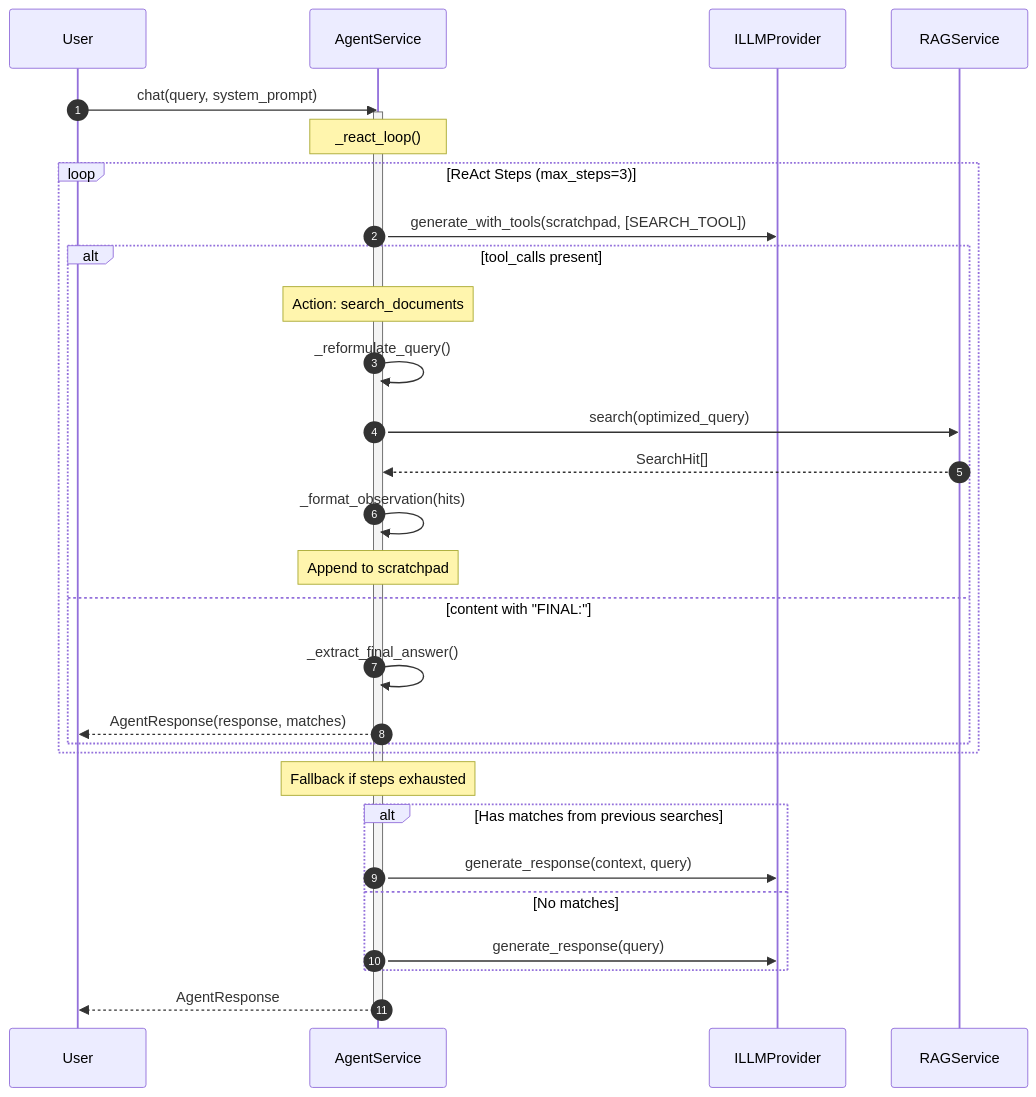
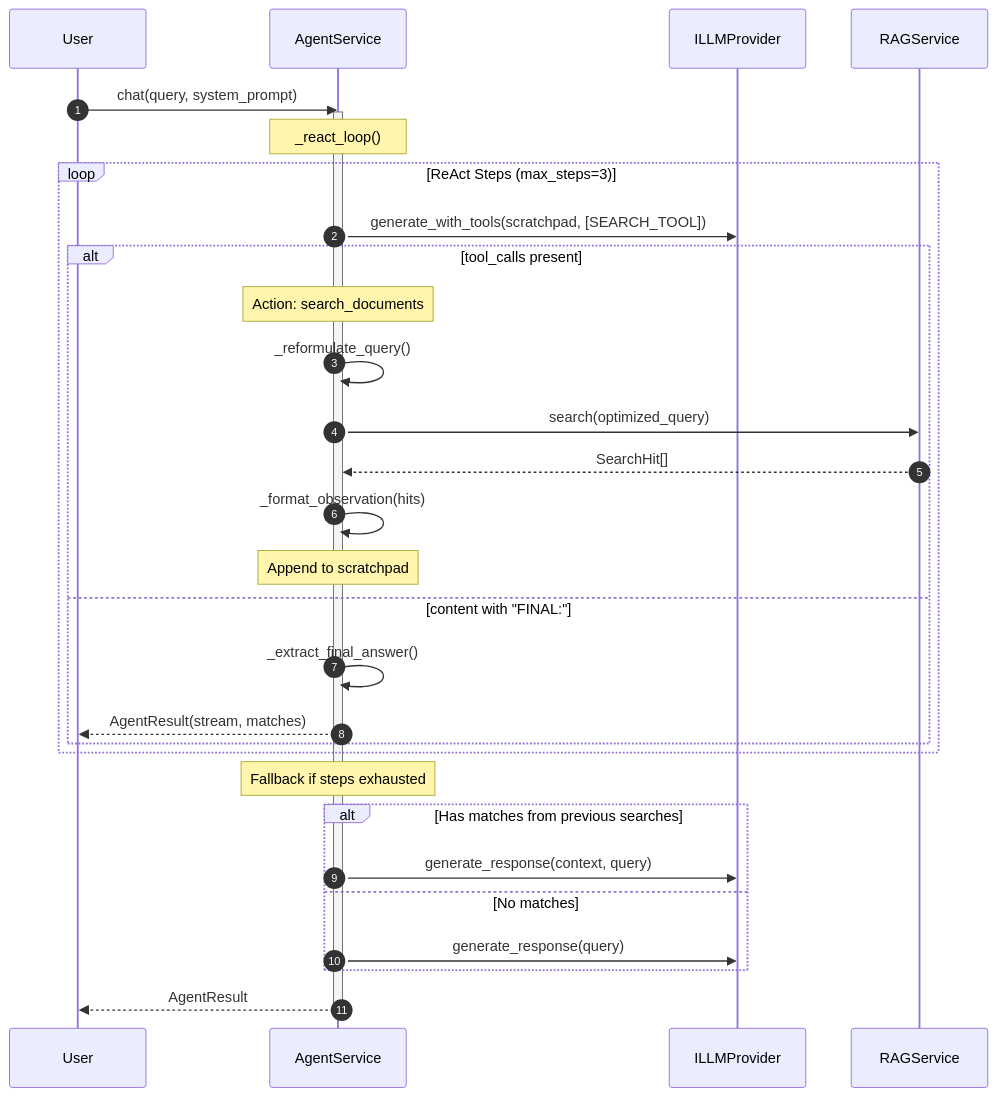
Before and after one commit to FullFran/Hybrid-RAG-example: the first of 2 diagrams in docs/agent-service.md, drawn with Mermaid. The commit also changed other lines of this file and 4 other files, not shown here.

First line of the commit message:
refactor: unify AgentService response to AgentResult with stream

````diff
--- a/docs/agent-service.md
+++ b/docs/agent-service.md
@@ -28,40 +28,40 @@
 ```mermaid
 sequenceDiagram
     autonumber
     participant U as User
     participant A as AgentService
     participant LLM as ILLMProvider
     participant RAG as RAGService
 
     U->>A: chat(query, system_prompt)
     activate A
 
     Note over A: _react_loop()
 
     loop ReAct Steps (max_steps=3)
         A->>LLM: generate_with_tools(scratchpad, [SEARCH_TOOL])
         
         alt tool_calls present
             Note over A: Action: search_documents
             A->>A: _reformulate_query()
             A->>RAG: search(optimized_query)
             RAG-->>A: SearchHit[]
             A->>A: _format_observation(hits)
             Note over A: Append to scratchpad
         else content with "FINAL:"
             A->>A: _extract_final_answer()
-            A-->>U: AgentResponse(response, matches)
+            A-->>U: AgentResult(stream, matches)
         end
     end
 
     Note over A: Fallback if steps exhausted
 
     alt Has matches from previous searches
         A->>LLM: generate_response(context, query)
     else No matches
         A->>LLM: generate_response(query)
     end
 
-    A-->>U: AgentResponse
+    A-->>U: AgentResult
     deactivate A
 ```
````
